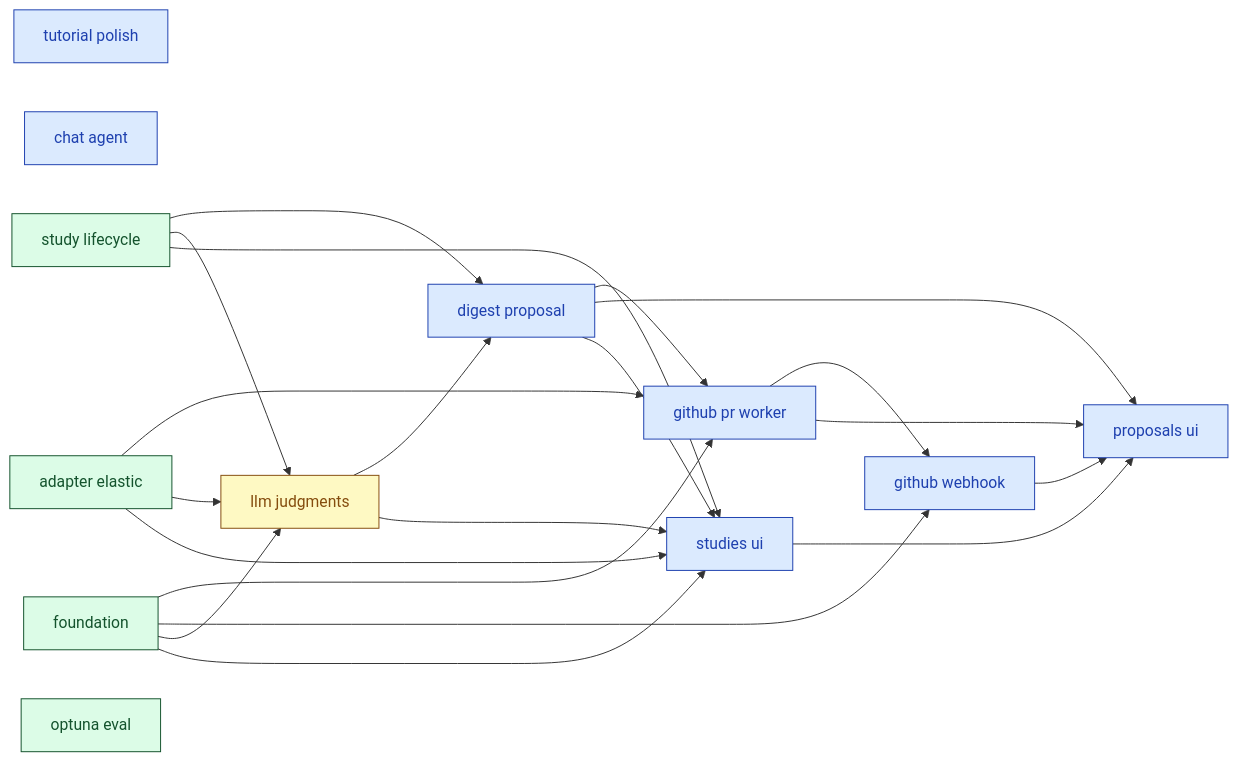
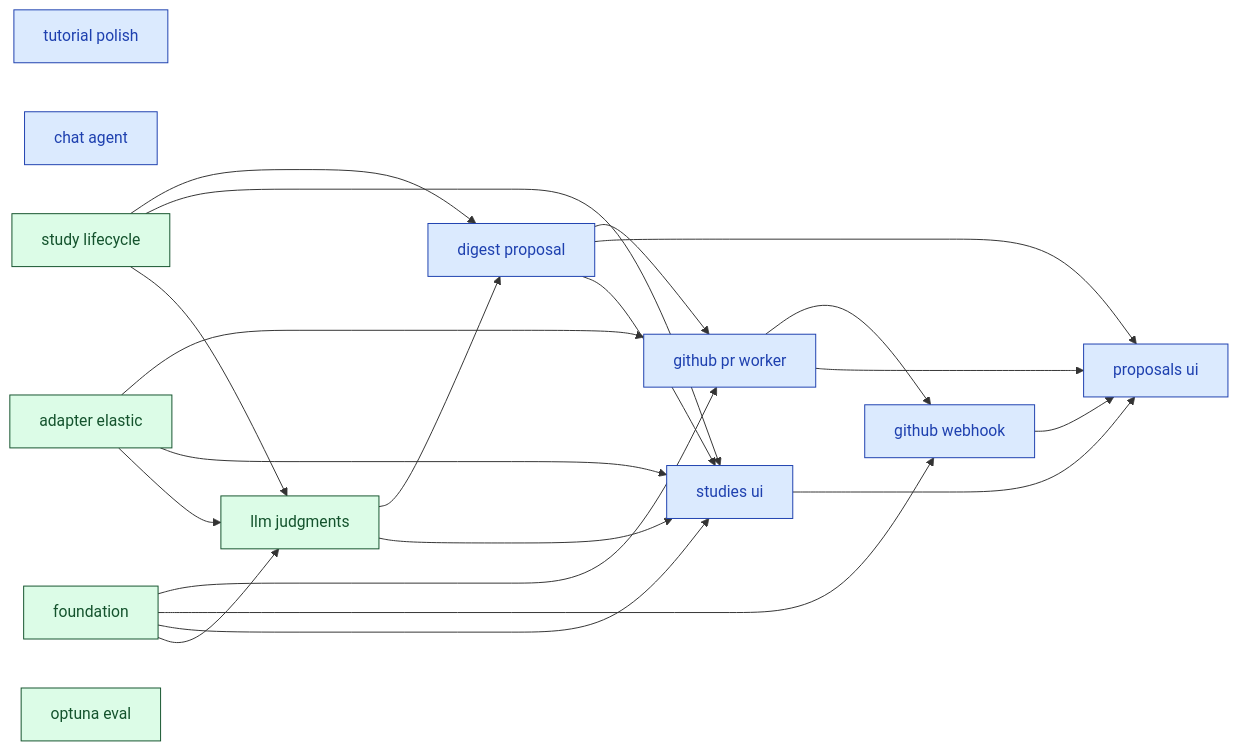
One commit to SoundMindsAI/relyloop changed the diagram in docs/00_overview/MVP1_DASHBOARD.md. Above: the diagram before and after it, drawn with Mermaid. The commit also changed other lines of this file and 6 other files, not shown here.

First line of the commit message:
docs: finalize feat_llm_judgments — move to implemented, update state.md (#36)

````diff
--- a/docs/00_overview/MVP1_DASHBOARD.md
+++ b/docs/00_overview/MVP1_DASHBOARD.md
@@ -75,51 +74,51 @@
 ```mermaid
 graph LR
   classDef done fill:#dcfce7,stroke:#14532d,color:#14532d;
   classDef implement fill:#ffedd5,stroke:#9a3412,color:#9a3412;
   classDef plan fill:#fef9c3,stroke:#854d0e,color:#854d0e;
   classDef spec fill:#dbeafe,stroke:#1e40af,color:#1e40af;
   classDef idea fill:#f1f5f9,stroke:#334155,color:#334155;
   chore_tutorial_polish["tutorial polish"]
   class chore_tutorial_polish spec;
   feat_chat_agent["chat agent"]
   class feat_chat_agent spec;
   feat_digest_proposal["digest proposal"]
   class feat_digest_proposal spec;
   feat_github_pr_worker["github pr worker"]
   class feat_github_pr_worker spec;
   feat_github_webhook["github webhook"]
   class feat_github_webhook spec;
-  feat_llm_judgments["llm judgments"]
-  class feat_llm_judgments plan;
   feat_proposals_ui["proposals ui"]
   class feat_proposals_ui spec;
   feat_studies_ui["studies ui"]
   class feat_studies_ui spec;
   infra_foundation["foundation"]
   class infra_foundation done;
   feat_study_lifecycle["study lifecycle"]
   class feat_study_lifecycle done;
   infra_adapter_elastic["adapter elastic"]
   class infra_adapter_elastic done;
   infra_optuna_eval["optuna eval"]
   class infra_optuna_eval done;
+  feat_llm_judgments["llm judgments"]
+  class feat_llm_judgments done;
   feat_study_lifecycle --> feat_digest_proposal
   feat_llm_judgments --> feat_digest_proposal
   infra_foundation --> feat_github_pr_worker
   infra_adapter_elastic --> feat_github_pr_worker
   feat_digest_proposal --> feat_github_pr_worker
   infra_foundation --> feat_github_webhook
   feat_github_pr_worker --> feat_github_webhook
-  infra_foundation --> feat_llm_judgments
-  infra_adapter_elastic --> feat_llm_judgments
-  feat_study_lifecycle --> feat_llm_judgments
   feat_studies_ui --> feat_proposals_ui
   feat_digest_proposal --> feat_proposals_ui
   feat_github_pr_worker --> feat_proposals_ui
   feat_github_webhook --> feat_proposals_ui
   infra_foundation --> feat_studies_ui
   feat_study_lifecycle --> feat_studies_ui
   feat_digest_proposal --> feat_studies_ui
   feat_llm_judgments --> feat_studies_ui
   infra_adapter_elastic --> feat_studies_ui
+  infra_foundation --> feat_llm_judgments
+  infra_adapter_elastic --> feat_llm_judgments
+  feat_study_lifecycle --> feat_llm_judgments
 ```
````
